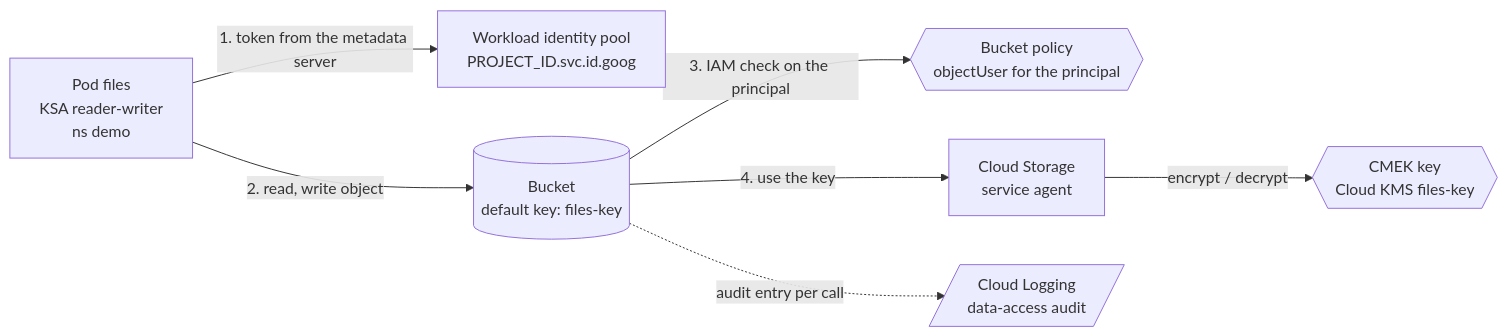
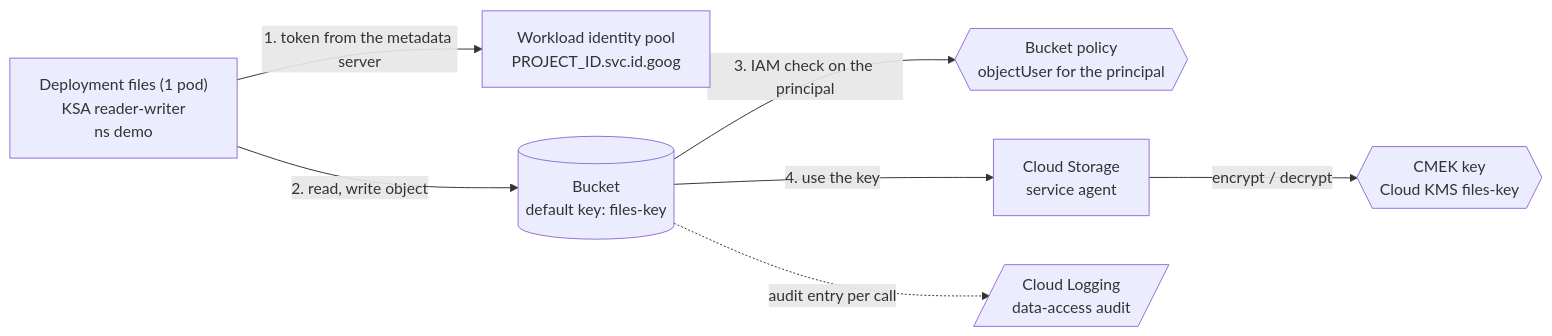
The diagram in ARCHITECTURE.md (plainround-projects/gcp-gke-identity-and-keys), drawn with Mermaid before and after one commit. The commit also changed other lines of this file and 2 other files, not shown here.

Commit message:
docs: align the architecture notes with the code

````diff
--- a/ARCHITECTURE.md
+++ b/ARCHITECTURE.md
@@ -22,9 +22,9 @@
 ```mermaid
 flowchart LR
-    pod["Pod files<br/>KSA reader-writer<br/>ns demo"] -->|1. token from the metadata server| wif["Workload identity pool<br/>PROJECT_ID.svc.id.goog"]
+    pod["Deployment files (1 pod)<br/>KSA reader-writer<br/>ns demo"] -->|1. token from the metadata server| wif["Workload identity pool<br/>PROJECT_ID.svc.id.goog"]
     pod -->|2. read, write object| bucket[("Bucket<br/>default key: files-key")]
     bucket -->|3. IAM check on the principal| iam{{"Bucket policy<br/>objectUser for the principal"}}
     bucket -->|4. use the key| gcs_agent["Cloud Storage<br/>service agent"]
     gcs_agent -->|encrypt / decrypt| kms{{"CMEK key<br/>Cloud KMS files-key"}}
     bucket -.->|audit entry per call| logs[/"Cloud Logging<br/>data-access audit"/]
 ```
````
